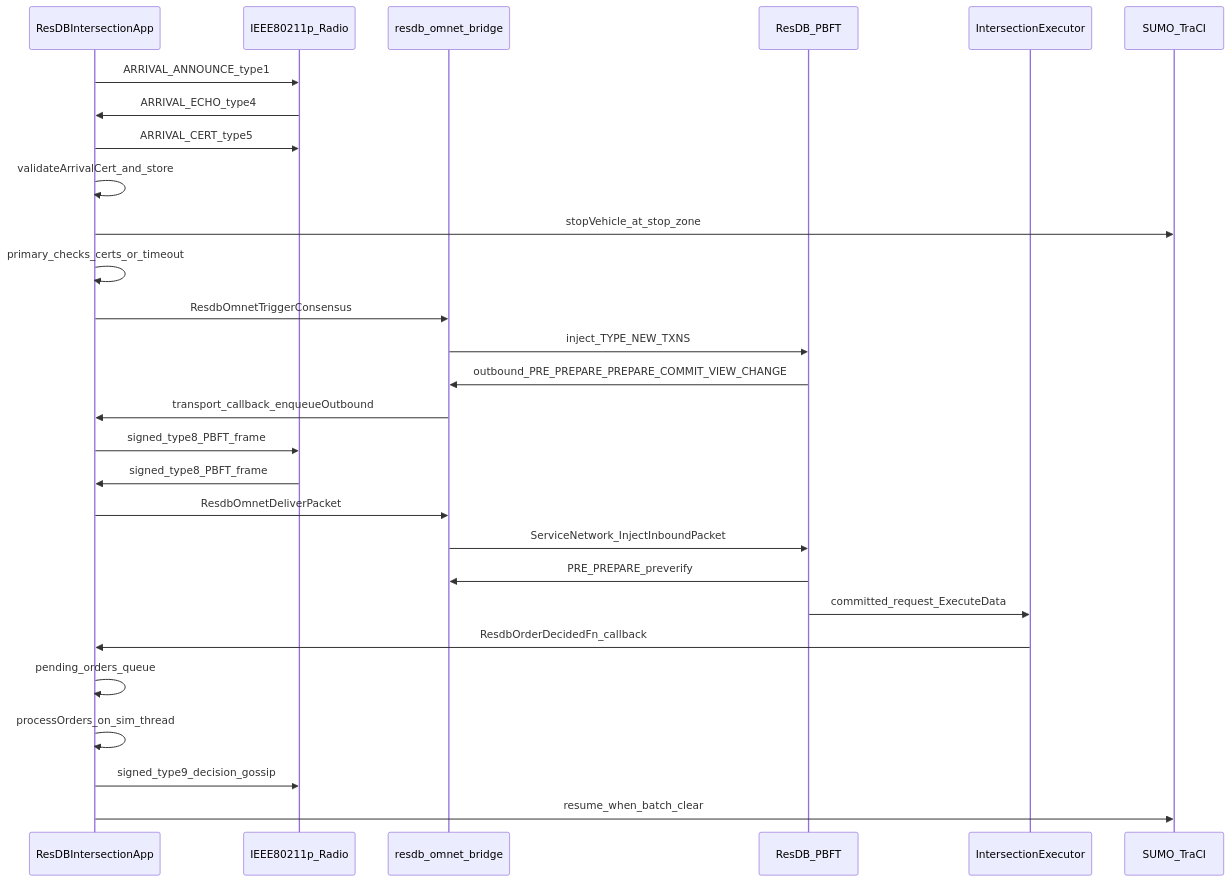
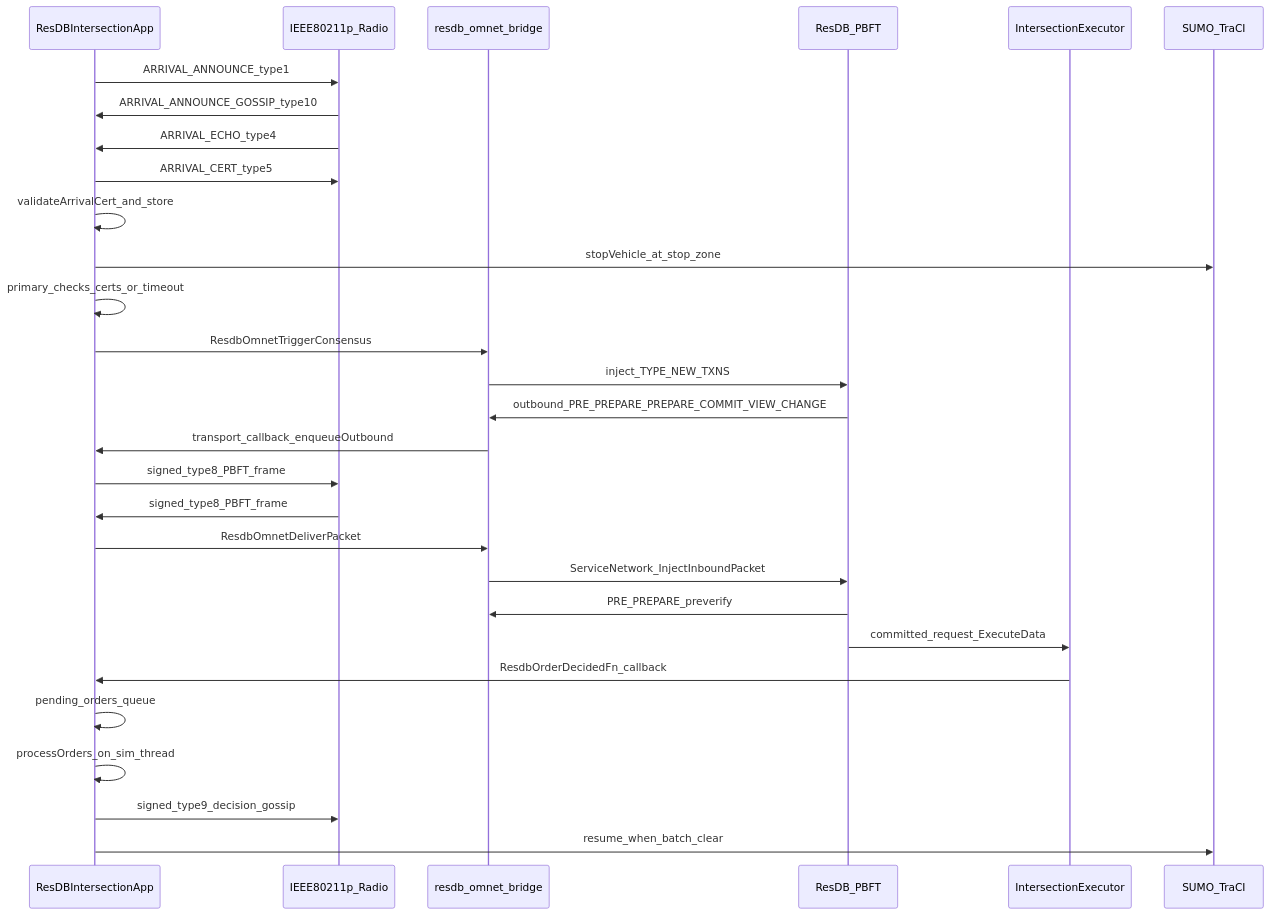
One commit to ymalegao/DistributedSystemsforAVs changed the diagram in ARCHITECTURE.md. Above: the diagram before and after it, drawn with Mermaid. The commit also changed other lines of this file and 12 other files, not shown here.

````diff
--- a/ARCHITECTURE.md
+++ b/ARCHITECTURE.md
@@ -100,34 +103,35 @@
 ```mermaid
 sequenceDiagram
     participant App as ResDBIntersectionApp
     participant Radio as IEEE80211p_Radio
     participant Bridge as resdb_omnet_bridge
     participant PBFT as ResDB_PBFT
     participant Exec as IntersectionExecutor
     participant TraCI as SUMO_TraCI
 
     App->>Radio: ARRIVAL_ANNOUNCE_type1
+    Radio->>App: ARRIVAL_ANNOUNCE_GOSSIP_type10
     Radio->>App: ARRIVAL_ECHO_type4
     App->>Radio: ARRIVAL_CERT_type5
     App->>App: validateArrivalCert_and_store
 
     App->>TraCI: stopVehicle_at_stop_zone
     App->>App: primary_checks_certs_or_timeout
     App->>Bridge: ResdbOmnetTriggerConsensus
     Bridge->>PBFT: inject_TYPE_NEW_TXNS
 
     PBFT->>Bridge: outbound_PRE_PREPARE_PREPARE_COMMIT_VIEW_CHANGE
     Bridge->>App: transport_callback_enqueueOutbound
     App->>Radio: signed_type8_PBFT_frame
     Radio->>App: signed_type8_PBFT_frame
     App->>Bridge: ResdbOmnetDeliverPacket
     Bridge->>PBFT: ServiceNetwork_InjectInboundPacket
 
     PBFT->>Bridge: PRE_PREPARE_preverify
     PBFT->>Exec: committed_request_ExecuteData
     Exec->>App: ResdbOrderDecidedFn_callback
     App->>App: pending_orders_queue
     App->>App: processOrders_on_sim_thread
     App->>Radio: signed_type9_decision_gossip
     App->>TraCI: resume_when_batch_clear
 ```
````
